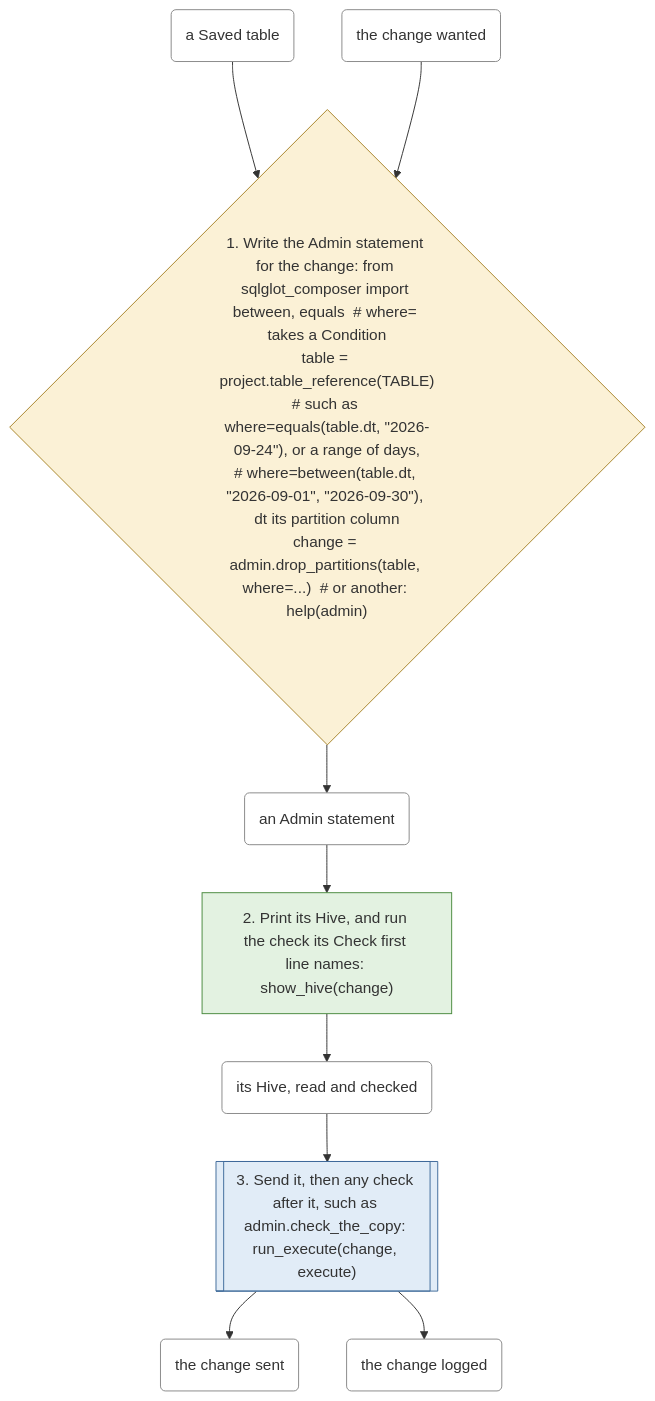
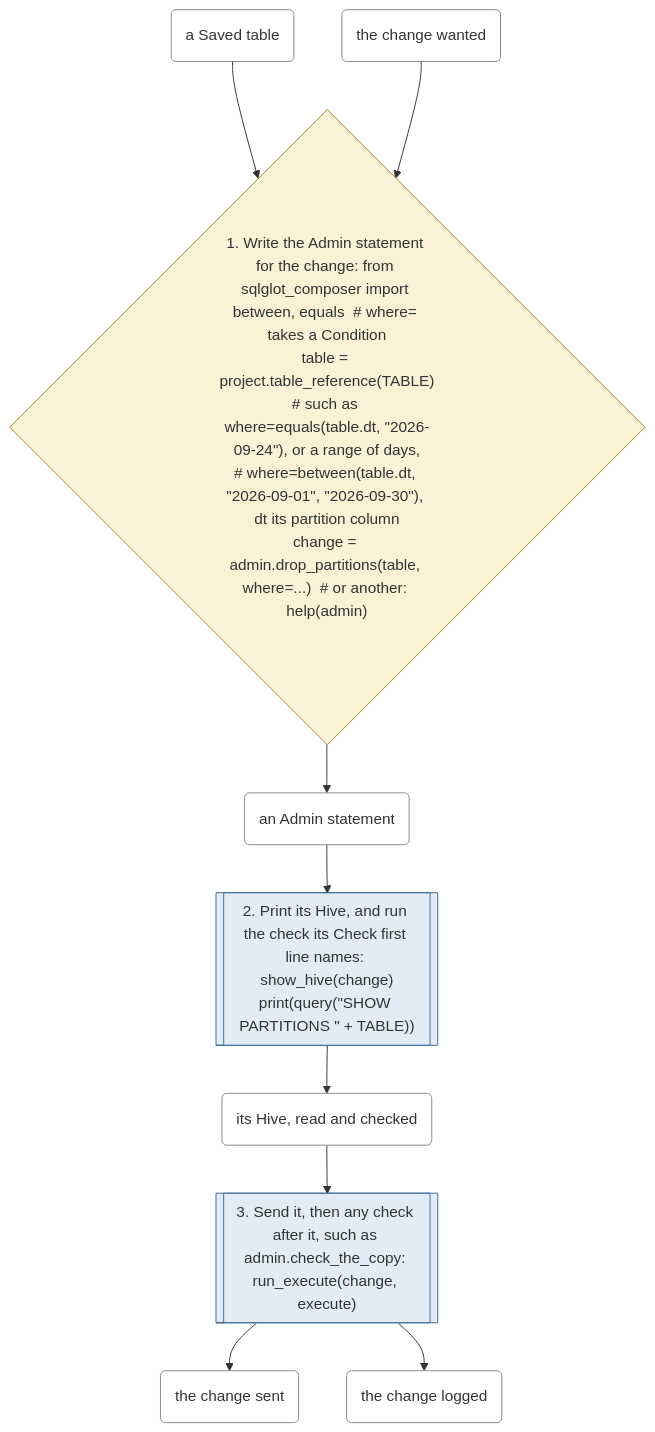
Before and after one commit to EdgyPage/SQL-Composer: the sixth of 6 diagrams in docs/workflows.md, drawn with Mermaid. The commit also changed other lines of this file and 33 other files, not shown here.

````diff
--- a/docs/workflows.md
+++ b/docs/workflows.md
@@ -258,28 +258,28 @@
 ```mermaid
 flowchart TD
     s0{"1. Write the Admin statement for the change: from sqlglot_composer import between, equals  #35; where= takes a Condition
 table = project.table_reference(TABLE)
 #35; such as where=equals(table.dt, #quot;2026-09-24#quot;), or a range of days,
 #35; where=between(table.dt, #quot;2026-09-01#quot;, #quot;2026-09-30#quot;), dt its partition column
 change = admin.drop_partitions(table, where=...)  #35; or another: help(admin)"}:::your_decision
-    s1["2. Print its Hive, and run the check its Check first line names: show_hive(change)"]:::files_only
+    s1[["2. Print its Hive, and run the check its Check first line names: show_hive(change)
+print(query(#quot;SHOW PARTITIONS #quot; + TABLE))"]]:::warehouse_call
     s2[["3. Send it, then any check after it, such as admin.check_the_copy: run_execute(change, execute)"]]:::warehouse_call
     t0("a Saved table"):::thing
     t1("the change wanted"):::thing
     t2("an Admin statement"):::thing
     t3("its Hive, read and checked"):::thing
     t4("the change sent"):::thing
     t5("the change logged"):::thing
     t0 --> s0
     t1 --> s0
     s0 --> t2
     t2 --> s1
     s1 --> t3
     t3 --> s2
     s2 --> t4
     s2 --> t5
-    classDef files_only fill:#e3f2e1,stroke:#4a8a3f
     classDef warehouse_call fill:#e1ecf7,stroke:#3f6a9a
     classDef your_decision fill:#fbf1d6,stroke:#a8842a
     classDef thing fill:#ffffff,stroke:#888888
 ```
````
